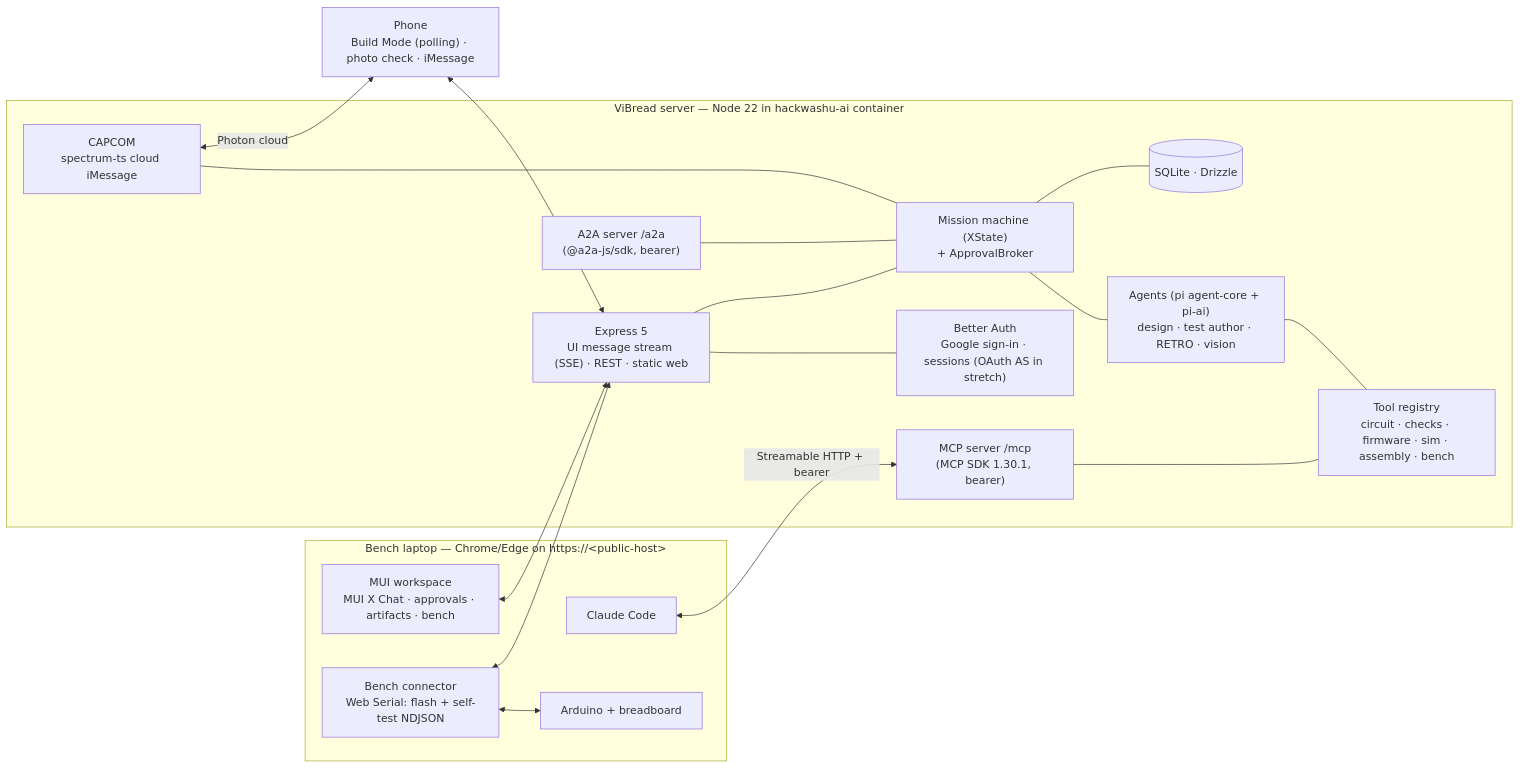
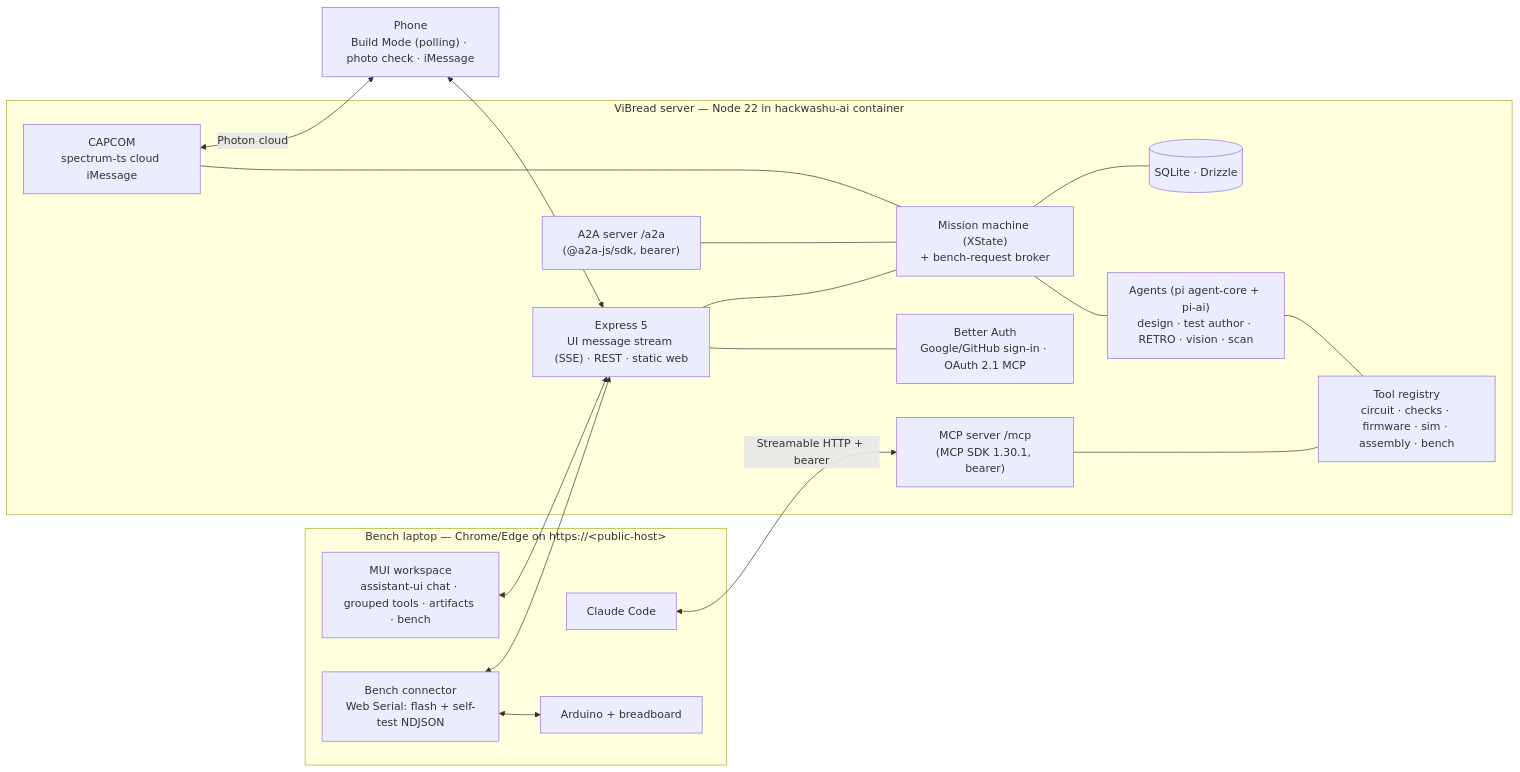
One commit to BarryTheShen/ViBread changed the diagram in PLAN.md. Above: the diagram before and after it, drawn with Mermaid. The commit also changed other lines of this file and 5 other files, not shown here.

````diff
--- a/PLAN.md
+++ b/PLAN.md
@@ -188,33 +189,33 @@
 ```mermaid
 flowchart LR
   subgraph Laptop["Bench laptop — Chrome/Edge on https://&lt;public-host&gt;"]
-    WEB["MUI workspace<br/>MUI X Chat · approvals · artifacts · bench"]
+    WEB["MUI workspace<br/>assistant-ui chat · grouped tools · artifacts · bench"]
     BENCH["Bench connector<br/>Web Serial: flash + self-test NDJSON"]
     CC["Claude Code"]
     USB["Arduino + breadboard"]
   end
   PHONE["Phone<br/>Build Mode (polling) · photo check · iMessage"]
   subgraph Server["ViBread server — Node 22 in hackwashu-ai container"]
     API["Express 5<br/>UI message stream (SSE) · REST · static web"]
-    AUTH["Better Auth<br/>Google sign-in · sessions (OAuth AS in stretch)"]
-    ORCH["Mission machine (XState)<br/>+ ApprovalBroker"]
-    AG["Agents (pi agent-core + pi-ai)<br/>design · test author · RETRO · vision"]
+    AUTH["Better Auth<br/>Google/GitHub sign-in · OAuth 2.1 MCP"]
+    ORCH["Mission machine (XState)<br/>+ bench-request broker"]
+    AG["Agents (pi agent-core + pi-ai)<br/>design · test author · RETRO · vision · scan"]
     TOOLS["Tool registry<br/>circuit · checks · firmware · sim · assembly · bench"]
     MCP["MCP server /mcp<br/>(MCP SDK 1.30.1, bearer)"]
     A2A["A2A server /a2a<br/>(@a2a-js/sdk, bearer)"]
     CAP["CAPCOM<br/>spectrum-ts cloud iMessage"]
     DB[("SQLite · Drizzle")]
   end
   WEB <--> API
   BENCH <--> USB
   BENCH <--> API
   CC <-->|Streamable HTTP + bearer| MCP
   PHONE <--> API
   API --- AUTH
   API --- ORCH --- AG --- TOOLS
   MCP --- TOOLS
   A2A --- ORCH
   CAP --- ORCH
   ORCH --- DB
   CAP <-->|Photon cloud| PHONE
 ```
````
